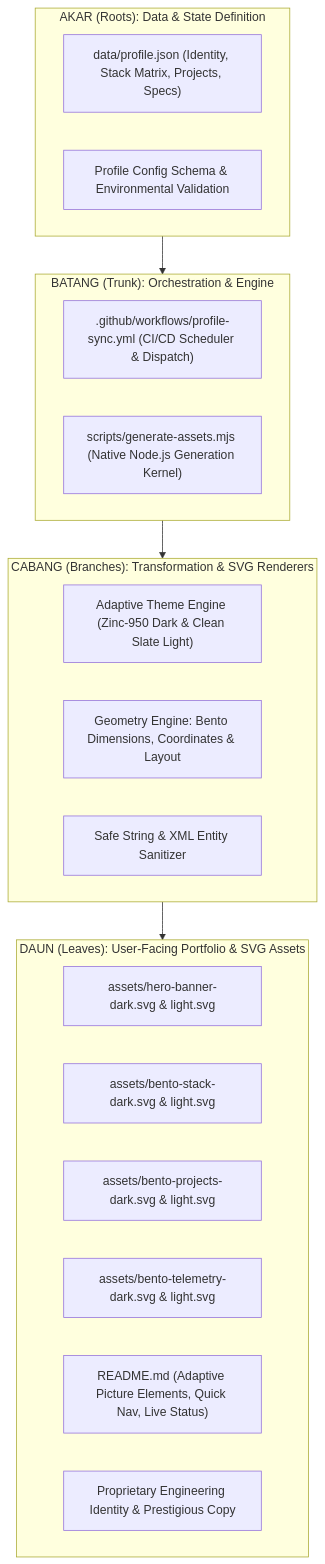
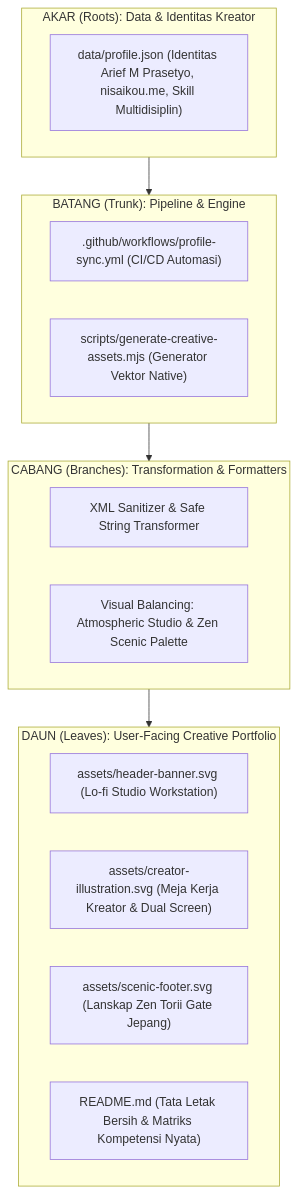
The diagram in ALURPOHON.md (NiSaikou48/NiSaikou48), drawn with Mermaid before and after one commit. The commit also changed other lines of this file and 1 other file, not shown here.

````diff
--- a/ALURPOHON.md
+++ b/ALURPOHON.md
@@ -56,31 +55,27 @@
 ```mermaid
 graph TD
-    subgraph AKAR ["AKAR (Roots): Data & State Definition"]
-        DATA["data/profile.json (Identity, Stack Matrix, Projects, Specs)"]
-        CONF["Profile Config Schema & Environmental Validation"]
+    subgraph AKAR ["AKAR (Roots): Data & Identitas Kreator"]
+        DATA["data/profile.json (Identitas Arief M Prasetyo, nisaikou.me, Skill Multidisiplin)"]
     end
 
-    subgraph BATANG ["BATANG (Trunk): Orchestration & Engine"]
-        WF[".github/workflows/profile-sync.yml (CI/CD Scheduler & Dispatch)"]
-        ENG["scripts/generate-assets.mjs (Native Node.js Generation Kernel)"]
+    subgraph BATANG ["BATANG (Trunk): Pipeline & Engine"]
+        WF[".github/workflows/profile-sync.yml (CI/CD Automasi)"]
+        ENG["scripts/generate-creative-assets.mjs (Generator Vektor Native)"]
     end
 
-    subgraph CABANG ["CABANG (Branches): Transformation & SVG Renderers"]
-        THEME["Adaptive Theme Engine (Zinc-950 Dark & Clean Slate Light)"]
-        CALC["Geometry Engine: Bento Dimensions, Coordinates & Layout"]
-        SANITIZER["Safe String & XML Entity Sanitizer"]
+    subgraph CABANG ["CABANG (Branches): Transformation & Formatters"]
+        XML["XML Sanitizer & Safe String Transformer"]
+        THEME["Visual Balancing: Atmospheric Studio & Zen Scenic Palette"]
     end
 
-    subgraph DAUN ["DAUN (Leaves): User-Facing Portfolio & SVG Assets"]
-        HERO["assets/hero-banner-dark.svg & light.svg"]
-        STACK["assets/bento-stack-dark.svg & light.svg"]
-        PROJ["assets/bento-projects-dark.svg & light.svg"]
-        TELEM["assets/bento-telemetry-dark.svg & light.svg"]
-        README["README.md (Adaptive Picture Elements, Quick Nav, Live Status)"]
-        BRAND["Proprietary Engineering Identity & Prestigious Copy"]
+    subgraph DAUN ["DAUN (Leaves): User-Facing Creative Portfolio"]
+        HEADER["assets/header-banner.svg (Lo-fi Studio Workstation)"]
+        ILLUST["assets/creator-illustration.svg (Meja Kerja Kreator & Dual Screen)"]
+        SCENIC["assets/scenic-footer.svg (Lanskap Zen Torii Gate Jepang)"]
+        README["README.md (Tata Letak Bersih & Matriks Kompetensi Nyata)"]
     end
 
     AKAR --> BATANG
     BATANG --> CABANG
     CABANG --> DAUN
 ```
````
